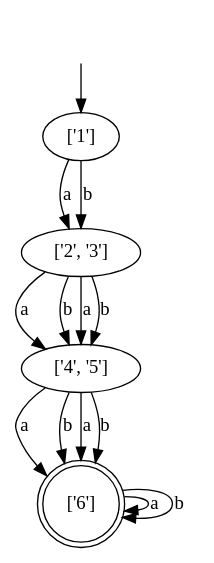
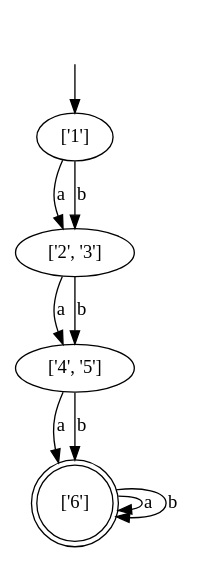
The diagram in minimized.gv (DiegoHMM/Minimizacao_AFD), drawn with Graphviz before and after one commit. The commit also changed 3 other files, not shown here.

```diff
--- a/minimized.gv
+++ b/minimized.gv
@@ -1,17 +1,13 @@
 digraph {
-	start [style=invis]
-	start -> "['1']"
-	"['1']" -> "['2', '3']" [label=a]
-	"['1']" -> "['2', '3']" [label=b]
-	"['6']" [shape=doublecircle]
-	"['6']" -> "['6']" [label=a]
-	"['6']" -> "['6']" [label=b]
-	"['4', '5']" -> "['6']" [label=a]
-	"['4', '5']" -> "['6']" [label=b]
-	"['4', '5']" -> "['6']" [label=a]
-	"['4', '5']" -> "['6']" [label=b]
-	"['2', '3']" -> "['4', '5']" [label=a]
-	"['2', '3']" -> "['4', '5']" [label=b]
-	"['2', '3']" -> "['4', '5']" [label=a]
-	"['2', '3']" -> "['4', '5']" [label=b]
+start [style=invis]
+start -> "['1']"
+"['1']" -> "['2', '3']" [label=a]
+"['1']" -> "['2', '3']" [label=b]
+"['6']" [shape=doublecircle]
+"['6']" -> "['6']" [label=a]
+"['6']" -> "['6']" [label=b]
+"['4', '5']" -> "['6']" [label=a]
+"['4', '5']" -> "['6']" [label=b]
+"['2', '3']" -> "['4', '5']" [label=a]
+"['2', '3']" -> "['4', '5']" [label=b]
 }
```
